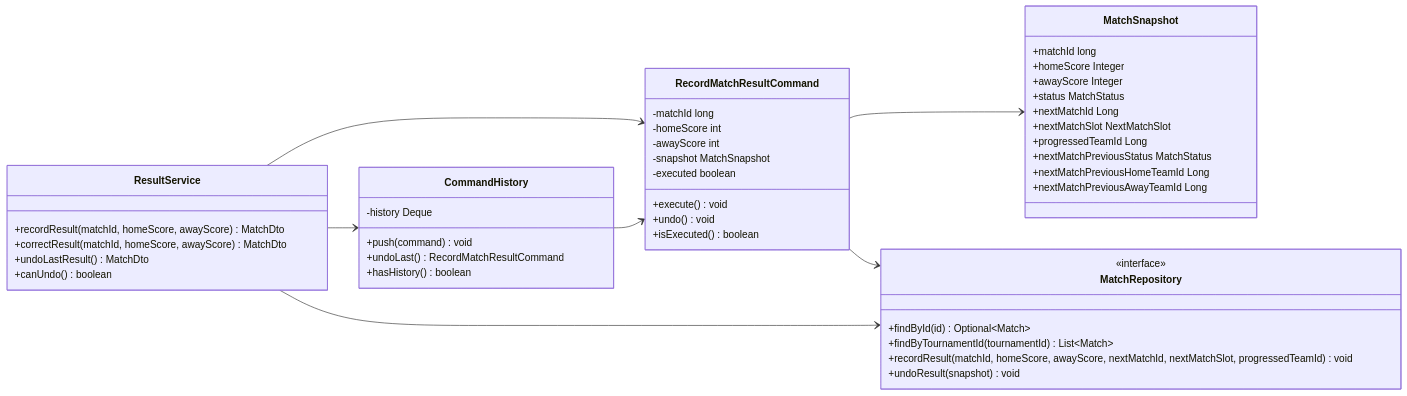
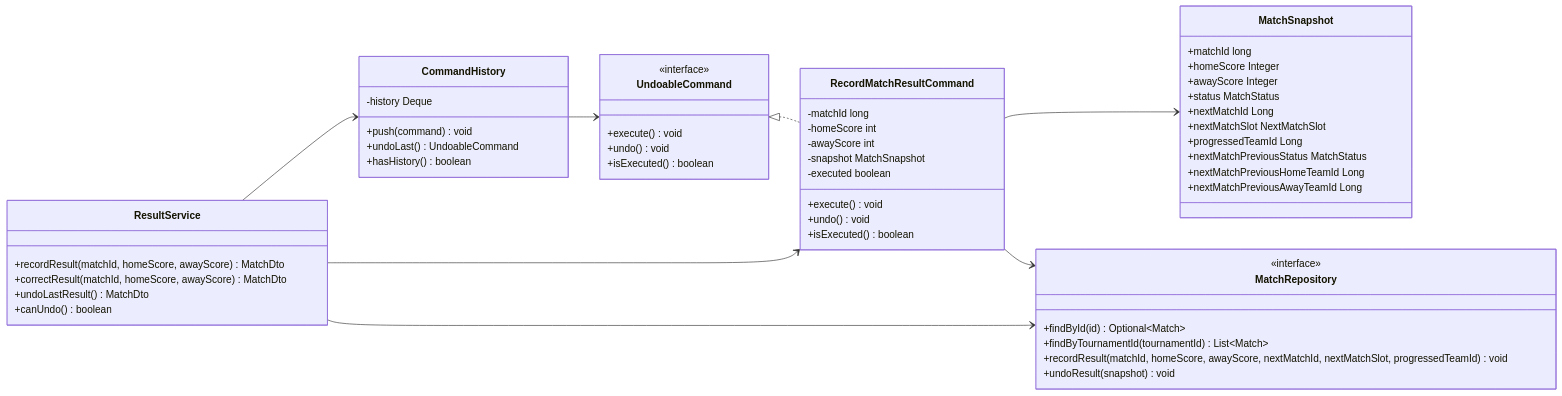
The fourth of 4 diagrams in docs/architecture/design-patterns.md (Oz-er/Kickoff), drawn with Mermaid before and after one commit. The commit also changed other lines of this file and 9 other files, not shown here.

Commit message:
refactor: formalize undoable command abstraction

````diff
--- a/docs/architecture/design-patterns.md
+++ b/docs/architecture/design-patterns.md
@@ -227,53 +234,60 @@
 ```mermaid
 classDiagram
     direction LR
 
+    class UndoableCommand {
+        <<interface>>
+        +execute() void
+        +undo() void
+        +isExecuted() boolean
+    }
     class RecordMatchResultCommand {
         -matchId long
         -homeScore int
         -awayScore int
         -snapshot MatchSnapshot
         -executed boolean
         +execute() void
         +undo() void
         +isExecuted() boolean
     }
     class MatchSnapshot {
         +matchId long
         +homeScore Integer
         +awayScore Integer
         +status MatchStatus
         +nextMatchId Long
         +nextMatchSlot NextMatchSlot
         +progressedTeamId Long
         +nextMatchPreviousStatus MatchStatus
         +nextMatchPreviousHomeTeamId Long
         +nextMatchPreviousAwayTeamId Long
     }
     class CommandHistory {
         -history Deque
         +push(command) void
-        +undoLast() RecordMatchResultCommand
+        +undoLast() UndoableCommand
         +hasHistory() boolean
     }
     class ResultService {
         +recordResult(matchId, homeScore, awayScore) MatchDto
         +correctResult(matchId, homeScore, awayScore) MatchDto
         +undoLastResult() MatchDto
         +canUndo() boolean
     }
     class MatchRepository {
         <<interface>>
         +findById(id) Optional~Match~
         +findByTournamentId(tournamentId) List~Match~
         +recordResult(matchId, homeScore, awayScore, nextMatchId, nextMatchSlot, progressedTeamId) void
         +undoResult(snapshot) void
     }
 
+    UndoableCommand <|.. RecordMatchResultCommand
     RecordMatchResultCommand --> MatchSnapshot
     RecordMatchResultCommand --> MatchRepository
     ResultService --> RecordMatchResultCommand
     ResultService --> CommandHistory
     ResultService --> MatchRepository
-    CommandHistory --> RecordMatchResultCommand
+    CommandHistory --> UndoableCommand
 ```
````
